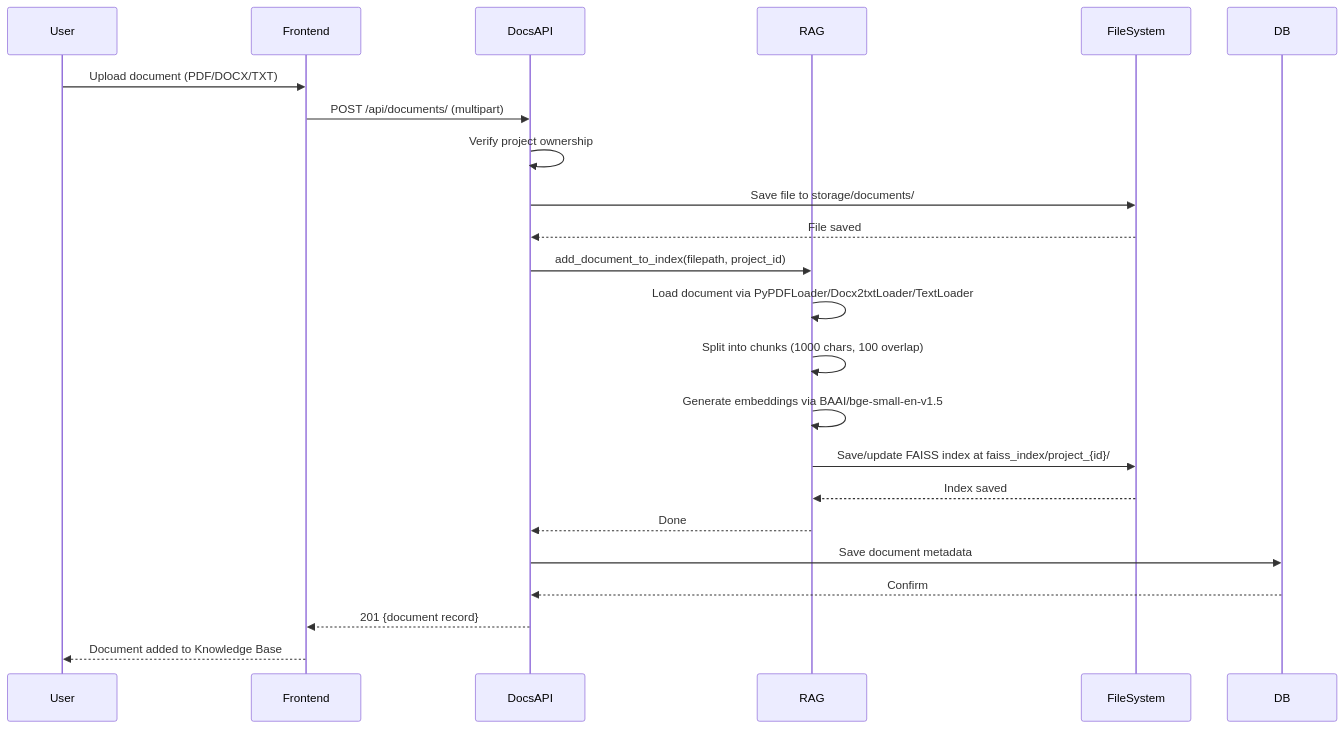
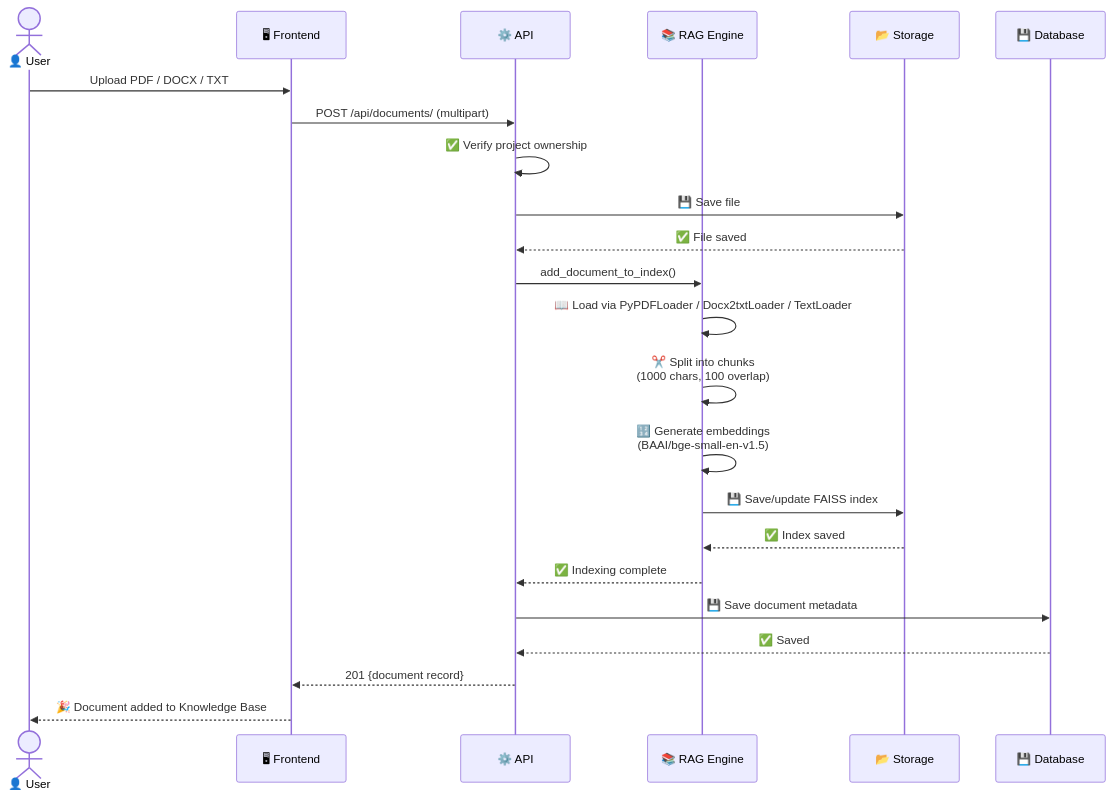
The fifth of 6 diagrams in README.md (GaganCB2002/ColdForge), drawn with Mermaid before and after one commit. The commit also changed other lines of this file, not shown here.

````diff
--- a/README.md
+++ b/README.md
@@ -231,26 +248,28 @@
 ```mermaid
 sequenceDiagram
-    participant User
-    participant Frontend
-    participant DocsAPI
-    participant RAG
-    participant FileSystem
-    participant DB
+    actor U as 👤 User
+    participant F as 🖥 Frontend
+    participant BE as ⚙️ API
+    participant RAG as 📚 RAG Engine
+    participant FS as 📂 Storage
+    participant DB as 💾 Database
 
-    User->>Frontend: Upload document (PDF/DOCX/TXT)
-    Frontend->>DocsAPI: POST /api/documents/ (multipart)
-    DocsAPI->>DocsAPI: Verify project ownership
-    DocsAPI->>FileSystem: Save file to storage/documents/
-    FileSystem-->>DocsAPI: File saved
-    DocsAPI->>RAG: add_document_to_index(filepath, project_id)
-    RAG->>RAG: Load document via PyPDFLoader/Docx2txtLoader/TextLoader
-    RAG->>RAG: Split into chunks (1000 chars, 100 overlap)
-    RAG->>RAG: Generate embeddings via BAAI/bge-small-en-v1.5
-    RAG->>FileSystem: Save/update FAISS index at faiss_index/project_{id}/
-    FileSystem-->>RAG: Index saved
-    RAG-->>DocsAPI: Done
-    DocsAPI->>DB: Save document metadata
-    DB-->>DocsAPI: Confirm
-    DocsAPI-->>Frontend: 201 {document record}
-    Frontend-->>User: Document added to Knowledge Base
+    U->>F: Upload PDF / DOCX / TXT
+    F->>BE: POST /api/documents/ (multipart)
+    BE->>BE: ✅ Verify project ownership
+    BE->>FS: 💾 Save file
+    FS-->>BE: ✅ File saved
+    BE->>RAG: add_document_to_index()
+    
+    RAG->>RAG: 📖 Load via PyPDFLoader / Docx2txtLoader / TextLoader
+    RAG->>RAG: ✂️ Split into chunks<br/>(1000 chars, 100 overlap)
+    RAG->>RAG: 🔢 Generate embeddings<br/>(BAAI/bge-small-en-v1.5)
+    RAG->>FS: 💾 Save/update FAISS index
+    FS-->>RAG: ✅ Index saved
+    
+    RAG-->>BE: ✅ Indexing complete
+    BE->>DB: 💾 Save document metadata
+    DB-->>BE: ✅ Saved
+    BE-->>F: 201 {document record}
+    F-->>U: 🎉 Document added to Knowledge Base
 ```
````
